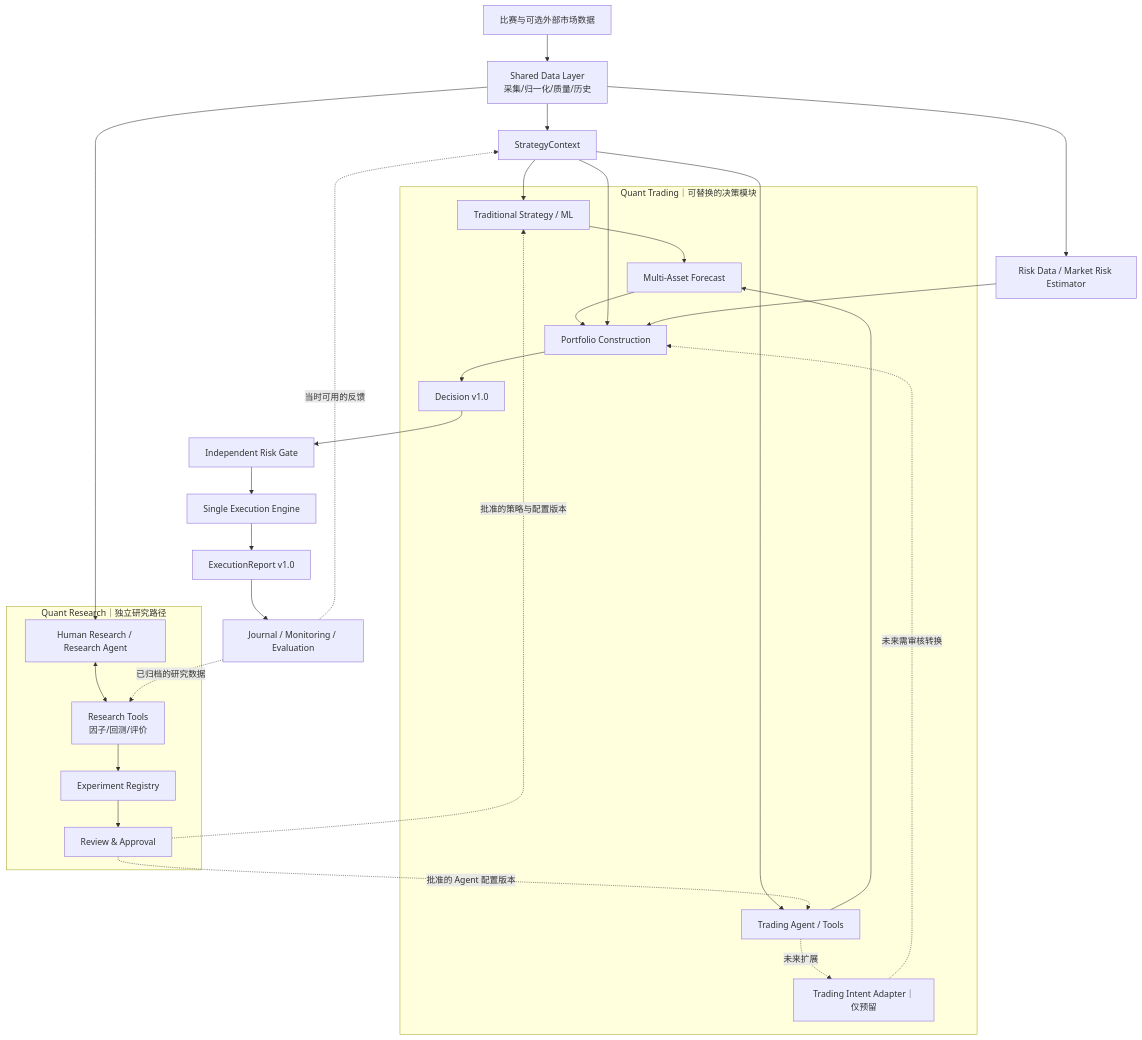
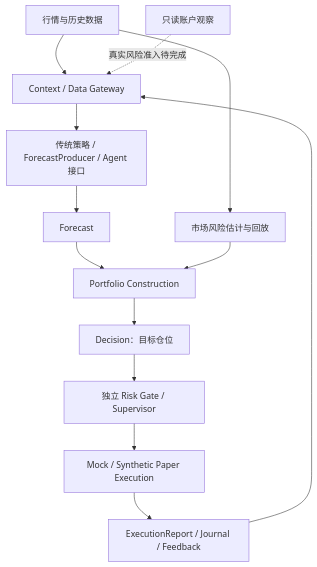
One commit to BouillieAnonymous/Perpetual-Alpha-2026 changed the diagram in README.md. Above: the diagram before and after it, drawn with Mermaid. The commit also changed other lines of this file, not shown here.

````diff
--- a/README.md
+++ b/README.md
@@ -12,36 +67,15 @@
 ```mermaid
-flowchart TB
-    SRC[比赛与可选外部市场数据] --> DATA[Shared Data Layer\n采集/归一化/质量/历史]
-    DATA --> CTX[StrategyContext]
-    DATA --> RS[Risk Data / Market Risk Estimator]
-
-    subgraph RESEARCH[Quant Research｜独立研究路径]
-       RAG[Human Research / Research Agent] <--> TOOL[Research Tools\n因子/回测/评价]
-       TOOL --> EXP[Experiment Registry]
-       EXP --> REVIEW[Review & Approval]
-    end
-    DATA --> RAG
-
-    subgraph TRADING[Quant Trading｜可替换的决策模块]
-       RULE[Traditional Strategy / ML] --> FCAST[Multi-Asset Forecast]
-       AGENT[Trading Agent / Tools] --> FCAST
-       FCAST --> PORT[Portfolio Construction]
-       PORT --> DEC[Decision v1.0]
-       AGENT -.未来扩展.-> INTENT[Trading Intent Adapter｜仅预留]
-       INTENT -.未来需审核转换.-> PORT
-    end
-
-    CTX --> RULE
-    CTX --> AGENT
-    CTX --> PORT
-    RS --> PORT
-    REVIEW -.批准的策略与配置版本.-> RULE
-    REVIEW -.批准的 Agent 配置版本.-> AGENT
-
-    DEC --> RISK[Independent Risk Gate]
-    RISK --> EXEC[Single Execution Engine]
-    EXEC --> REPORT[ExecutionReport v1.0]
-    REPORT --> JOURNAL[Journal / Monitoring / Evaluation]
-    JOURNAL -.当时可用的反馈.-> CTX
-    JOURNAL -.已归档的研究数据.-> TOOL
+flowchart TD
+    DATA[行情与历史数据] --> CTX[Context / Data Gateway]
+    ACCOUNT[只读账户观察] -.真实风险准入待完成.-> CTX
+    CTX --> STRATEGY[传统策略 / ForecastProducer / Agent 接口]
+    STRATEGY --> FORECAST[Forecast]
+    DATA --> MARKET[市场风险估计与回放]
+    FORECAST --> PORT[Portfolio Construction]
+    MARKET --> PORT
+    PORT --> DEC[Decision：目标仓位]
+    DEC --> GATE[独立 Risk Gate / Supervisor]
+    GATE --> PAPER[Mock / Synthetic Paper Execution]
+    PAPER --> REPORT[ExecutionReport / Journal / Feedback]
+    REPORT --> CTX
 ```
````
